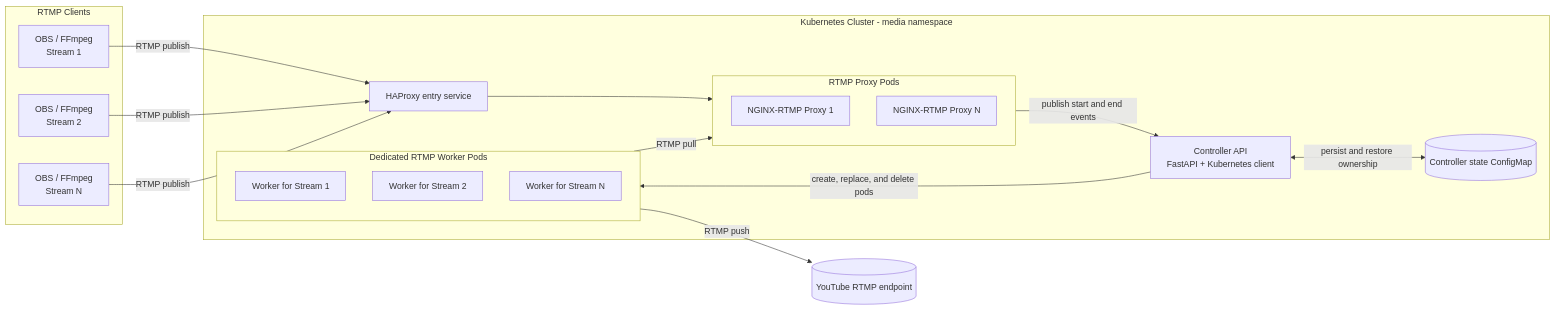
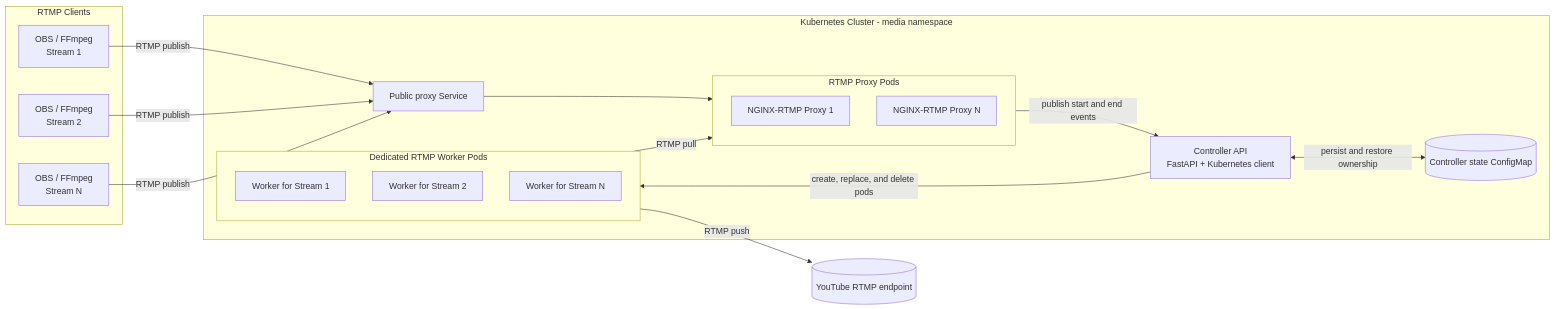
The diagram in diagrams/component.mmd (JadsonLucena/LiveEdgeCast), drawn with Mermaid before and after one commit. The commit also changed 7 other files, not shown here.

```diff
--- a/diagrams/component.mmd
+++ b/diagrams/component.mmd
@@ -1,37 +1,37 @@
 flowchart LR
     subgraph Clients[RTMP Clients]
         OBS1[OBS / FFmpeg<br/>Stream 1]
         OBS2[OBS / FFmpeg<br/>Stream 2]
         OBSN[OBS / FFmpeg<br/>Stream N]
     end
 
     subgraph K8sCluster[Kubernetes Cluster - media namespace]
-        LB[HAProxy entry service]
+        PublicService[Public proxy Service]
 
         subgraph Proxies[RTMP Proxy Pods]
             Proxy1[NGINX-RTMP Proxy 1]
             Proxy2[NGINX-RTMP Proxy N]
         end
 
         Controller[Controller API<br/>FastAPI + Kubernetes client]
 
         subgraph Workers[Dedicated RTMP Worker Pods]
             Worker1[Worker for Stream 1]
             Worker2[Worker for Stream 2]
             WorkerN[Worker for Stream N]
         end
 
         State[(Controller state ConfigMap)]
     end
 
     Destination[(YouTube RTMP endpoint)]
 
-    OBS1 -->|RTMP publish| LB
-    OBS2 -->|RTMP publish| LB
-    OBSN -->|RTMP publish| LB
-    LB --> Proxies
+    OBS1 -->|RTMP publish| PublicService
+    OBS2 -->|RTMP publish| PublicService
+    OBSN -->|RTMP publish| PublicService
+    PublicService --> Proxies
     Proxies -->|publish start and end events| Controller
     Controller -->|create, replace, and delete pods| Workers
     Controller <-->|persist and restore ownership| State
     Workers -->|RTMP pull| Proxies
     Workers -->|RTMP push| Destination
```
